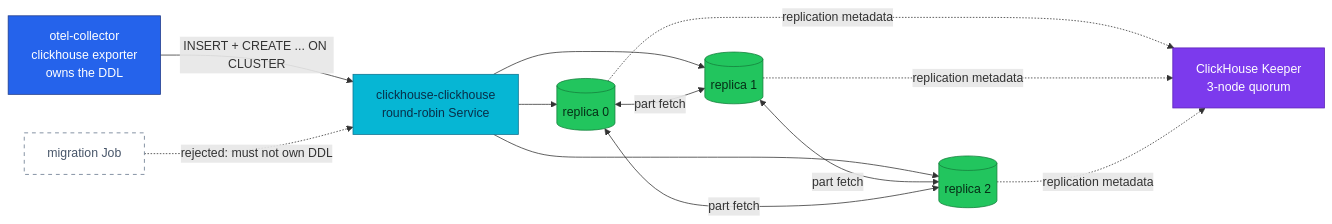
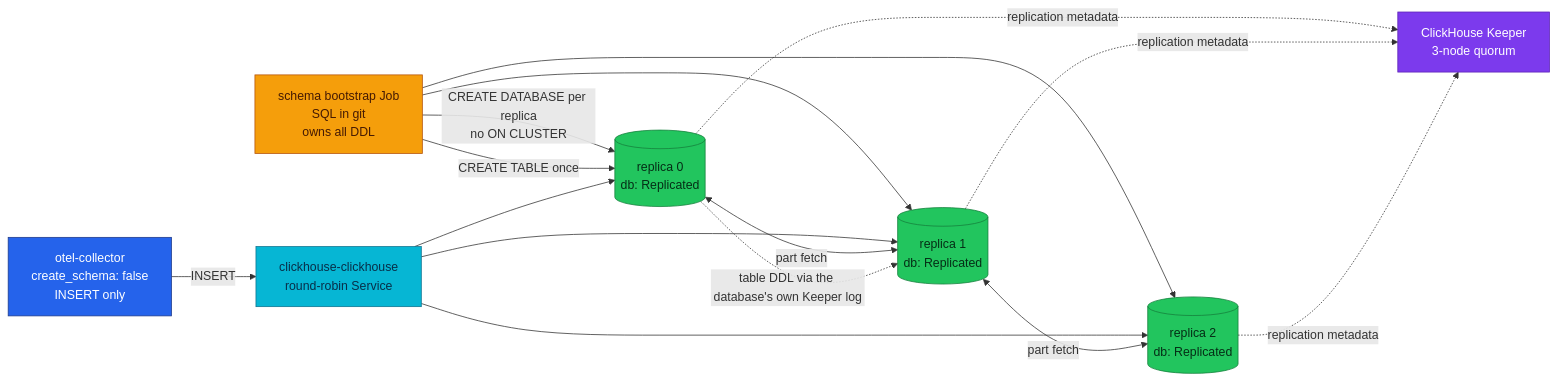
The diagram in docs/proposals/adr/ADR-065-clickhouse-replicated-topology/README.md (duynhlab/homelab), drawn with Mermaid before and after one commit. The commit also changed other lines of this file and 18 other files, not shown here.

````diff
--- a/docs/proposals/adr/ADR-065-clickhouse-replicated-topology/README.md
+++ b/docs/proposals/adr/ADR-065-clickhouse-replicated-topology/README.md
@@ -128,26 +133,27 @@
 ```mermaid
 flowchart LR
-    OC["otel-collector<br/>clickhouse exporter<br/>owns the DDL"] -->|"INSERT + CREATE ... ON CLUSTER"| SVC["clickhouse-clickhouse<br/>round-robin Service"]
-    SVC --> R0[("replica 0")]
-    SVC --> R1[("replica 1")]
-    SVC --> R2[("replica 2")]
+    JOB["schema bootstrap Job<br/>SQL in git<br/>owns all DDL"] -->|"CREATE DATABASE per replica<br/>no ON CLUSTER"| R0[("replica 0<br/>db: Replicated")]
+    JOB --> R1[("replica 1<br/>db: Replicated")]
+    JOB --> R2[("replica 2<br/>db: Replicated")]
+    JOB -->|"CREATE TABLE once"| R0
+    OC["otel-collector<br/>create_schema: false<br/>INSERT only"] -->|"INSERT"| SVC["clickhouse-clickhouse<br/>round-robin Service"]
+    SVC --> R0 & R1 & R2
     R0 <-->|"part fetch"| R1
     R1 <-->|"part fetch"| R2
-    R0 <-->|"part fetch"| R2
+    R0 -.->|"table DDL via the database's own Keeper log"| R1
     R0 -.->|"replication metadata"| K["ClickHouse Keeper<br/>3-node quorum"]
     R1 -.->|"replication metadata"| K
     R2 -.->|"replication metadata"| K
-    JOB["migration Job"] -.->|"rejected: must not own DDL"| SVC
 
     classDef edge fill:#2563eb,color:#fff,stroke:#1e3a8a;
+    classDef worker fill:#f59e0b,color:#451a03,stroke:#b45309;
     classDef service fill:#06b6d4,color:#082f49,stroke:#0e7490;
     classDef platform fill:#7c3aed,color:#fff,stroke:#5b21b6;
     classDef data fill:#22c55e,color:#052e16,stroke:#15803d;
-    classDef planned fill:#fff,color:#475569,stroke:#64748b,stroke-dasharray:5 5;
 
     class OC edge;
+    class JOB worker;
     class SVC service;
     class K platform;
     class R0,R1,R2 data;
-    class JOB planned;
 ```
````
